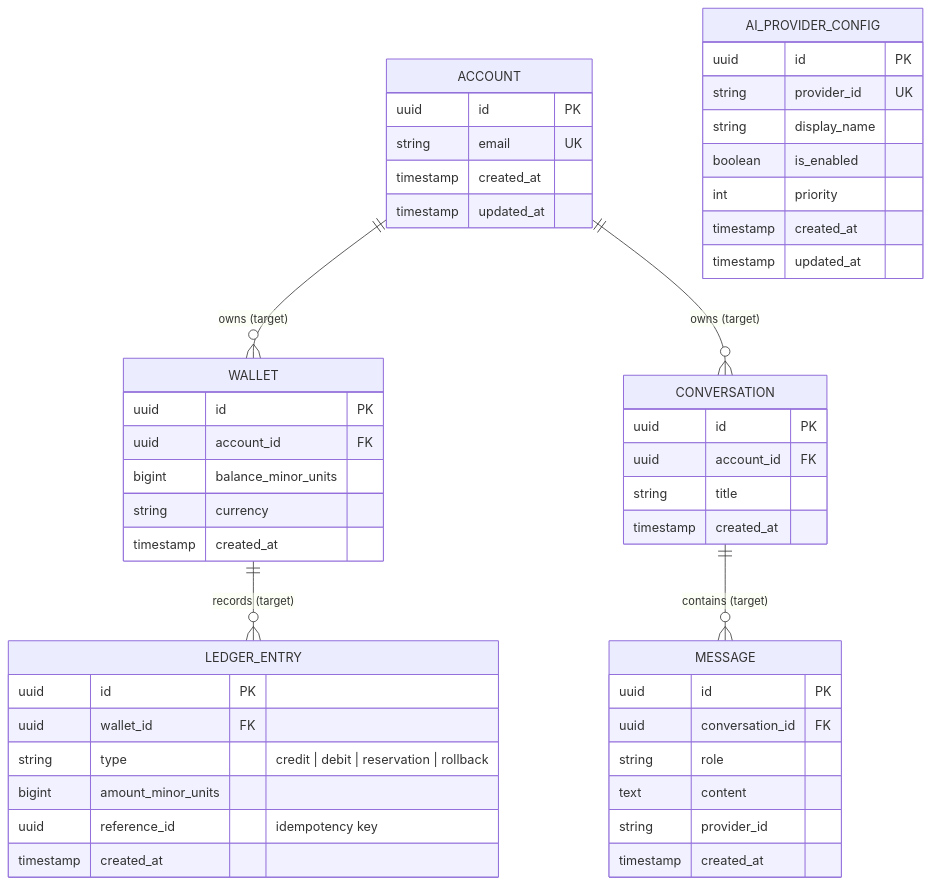
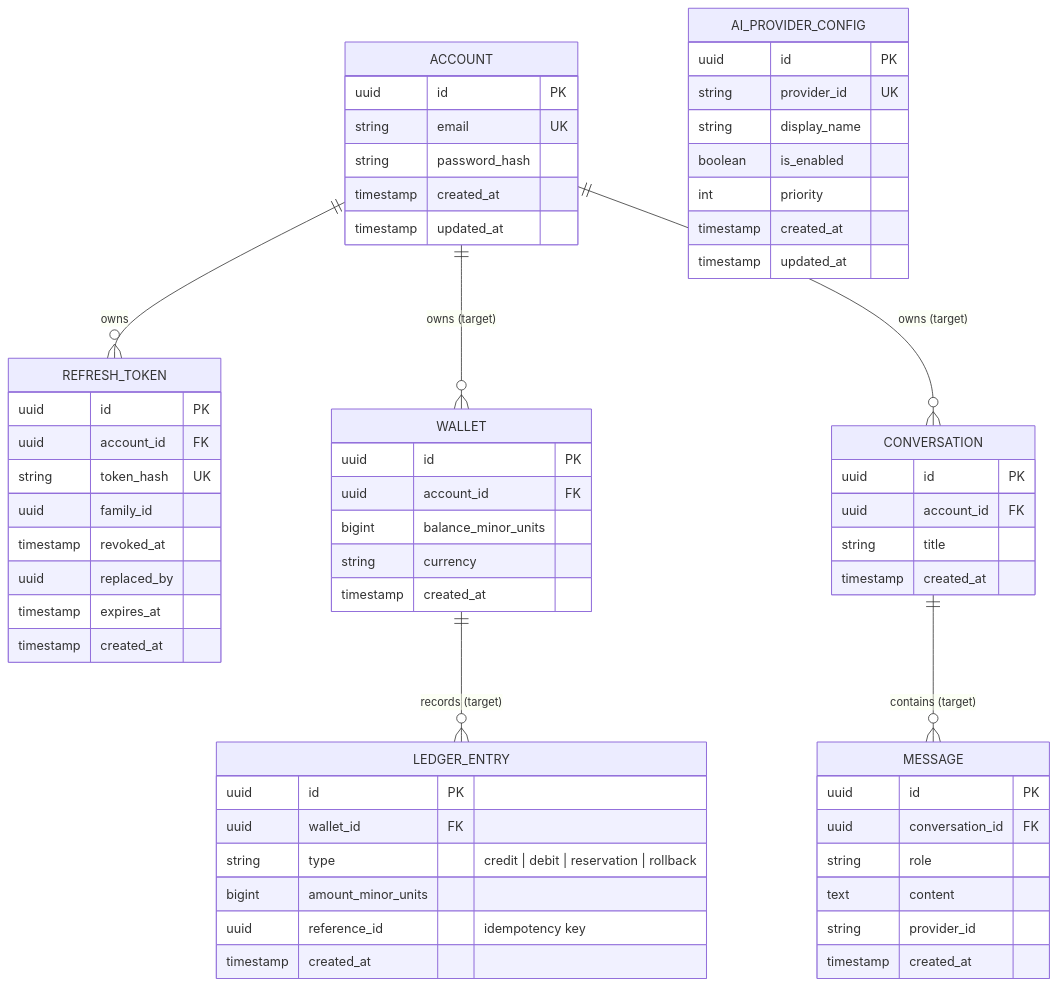
One commit to amirhaslany-ai/AIFA changed the diagram in Platform/docs/architecture/database-standards.md. Above: the diagram before and after it, drawn with Mermaid. The commit also changed other lines of this file and 59 other files, not shown here.

First line of the commit message:
feat(platform): implement Authentication (Identity) — Sprint 1 feature 1

````diff
--- a/Platform/docs/architecture/database-standards.md
+++ b/Platform/docs/architecture/database-standards.md
@@ -7,55 +7,67 @@
 ```mermaid
 erDiagram
-    %% --- Implemented this milestone ---
+    %% --- Implemented (Sprint 1: Identity) ---
     ACCOUNT {
         uuid id PK
         string email UK
+        string password_hash
         timestamp created_at
         timestamp updated_at
+    }
+    REFRESH_TOKEN {
+        uuid id PK
+        uuid account_id FK
+        string token_hash UK
+        uuid family_id
+        timestamp revoked_at
+        uuid replaced_by
+        timestamp expires_at
+        timestamp created_at
     }
     AI_PROVIDER_CONFIG {
         uuid id PK
         string provider_id UK
         string display_name
         boolean is_enabled
         int priority
         timestamp created_at
         timestamp updated_at
     }
+    ACCOUNT ||--o{ REFRESH_TOKEN : "owns"
 
     %% --- Target design, NOT implemented (see wallet-architecture.md / pricing-architecture.md) ---
     WALLET {
         uuid id PK
         uuid account_id FK
         bigint balance_minor_units
         string currency
         timestamp created_at
     }
     LEDGER_ENTRY {
         uuid id PK
         uuid wallet_id FK
         string type "credit | debit | reservation | rollback"
         bigint amount_minor_units
         uuid reference_id "idempotency key"
         timestamp created_at
     }
     CONVERSATION {
         uuid id PK
         uuid account_id FK
         string title
         timestamp created_at
     }
     MESSAGE {
         uuid id PK
         uuid conversation_id FK
         string role
         text content
         string provider_id
         timestamp created_at
     }
 
     ACCOUNT ||--o{ WALLET : "owns (target)"
     WALLET ||--o{ LEDGER_ENTRY : "records (target)"
     ACCOUNT ||--o{ CONVERSATION : "owns (target)"
     CONVERSATION ||--o{ MESSAGE : "contains (target)"
 ```
````
